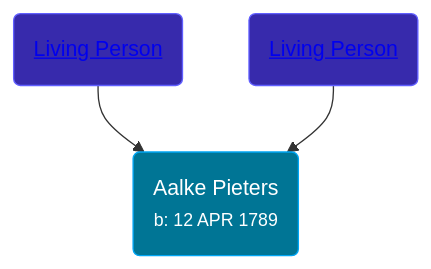
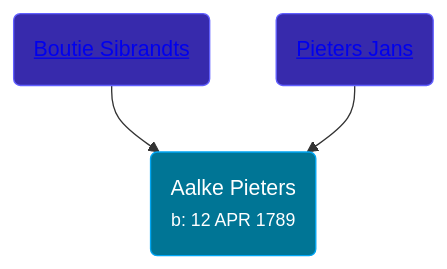
One commit to wpmgotkh/wpmgotkh.github.io changed the diagram in pages/people/7/70796984.md. Above: the diagram before and after it, drawn with Mermaid. The commit also changed other lines of this file and 586 other files, not shown here.

Commit message:
feat: better shouldConsiderPersonLiving algo

````diff
--- a/pages/people/7/70796984.md
+++ b/pages/people/7/70796984.md
@@ -10,9 +10,9 @@
 ```mermaid
 graph
 classDef grands fill:#193cb8,stroke:#2b7fff,stroke-width:1px,color:#fff;
 classDef parents fill:#372aac,stroke:#615fff,stroke-width:1px,color:#fff;
 classDef primary fill:#007595,stroke:#00a6f4,stroke-width:1px,color:#fff;
 70796984(Aalke Pieters<br /><small>b: 12 APR 1789</small>):::primary
-52450158(<a class="text-white" href="/people/5/52450158">Living Person</a>):::parents-->70796984
-70270996(<a class="text-white" href="/people/7/70270996">Living Person</a>):::parents-->70796984
+52450158(<a class="text-white" href="/people/5/52450158">Boutie Sibrandts</a>):::parents-->70796984
+70270996(<a class="text-white" href="/people/7/70270996">Pieters Jans</a>):::parents-->70796984
 ```
````
